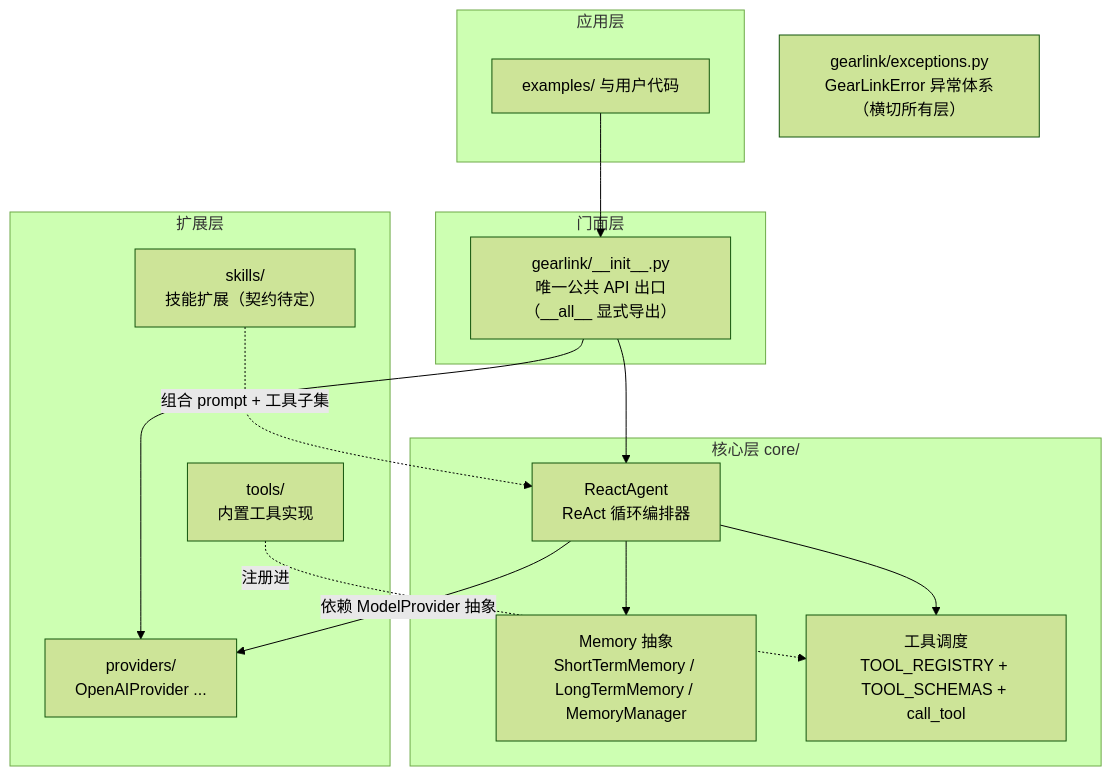
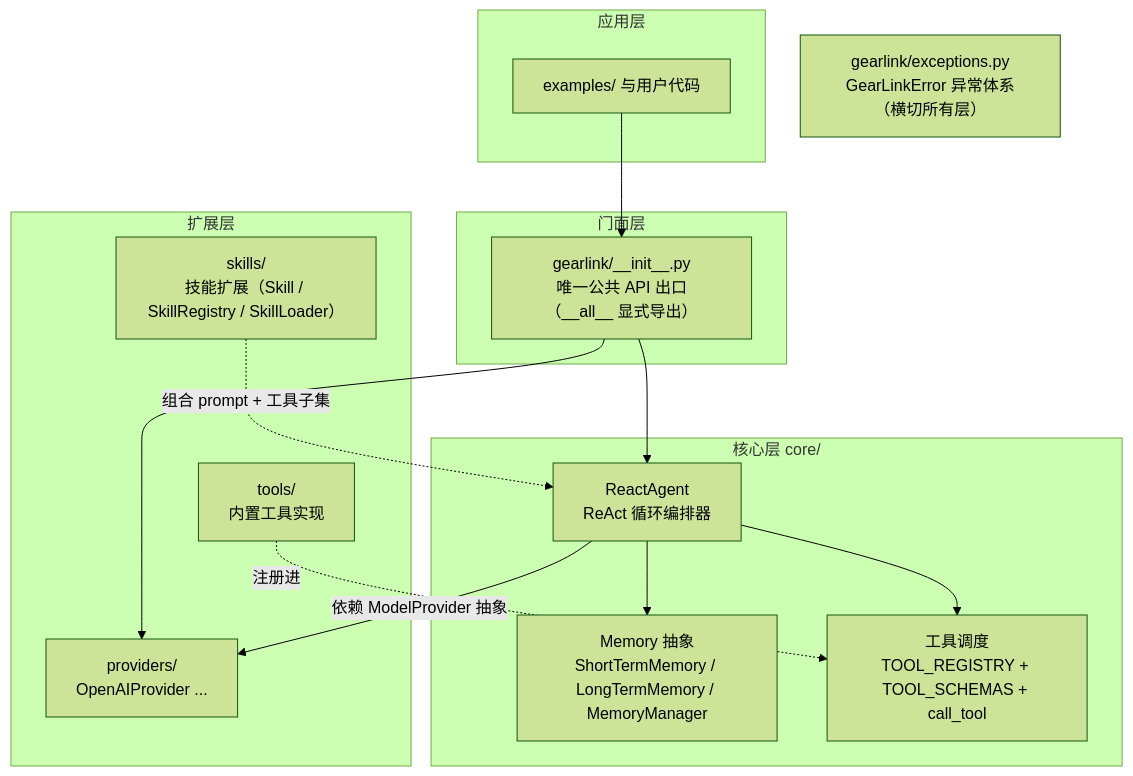
Before and after one commit to Mzys521/gearlink: the first of 4 diagrams in docs/架构设计.md, drawn with Mermaid (forest theme). The commit also changed other lines of this file and 35 other files, not shown here.

````diff
--- a/docs/架构设计.md
+++ b/docs/架构设计.md
@@ -20,33 +20,33 @@
 ```mermaid
 flowchart TB
     subgraph app[应用层]
         EX[examples/ 与用户代码]
     end
 
     subgraph facade[门面层]
         INIT["gearlink/__init__.py<br/>唯一公共 API 出口（__all__ 显式导出）"]
     end
 
     subgraph core[核心层 core/]
         AGENT["ReactAgent<br/>ReAct 循环编排器"]
         MEM["Memory 抽象<br/>ShortTermMemory / LongTermMemory / MemoryManager"]
         DISP["工具调度<br/>TOOL_REGISTRY + TOOL_SCHEMAS + call_tool"]
     end
 
     subgraph ext[扩展层]
         PROV["providers/<br/>OpenAIProvider ..."]
         TOOLS["tools/<br/>内置工具实现"]
-        SKILLS["skills/<br/>技能扩展（契约待定）"]
+        SKILLS["skills/<br/>技能扩展（Skill / SkillRegistry / SkillLoader）"]
     end
 
     EXC["gearlink/exceptions.py<br/>GearLinkError 异常体系（横切所有层）"]
 
     EX --> INIT
     INIT --> AGENT
     INIT --> PROV
     AGENT -->|"依赖 ModelProvider 抽象"| PROV
     AGENT --> MEM
     AGENT --> DISP
     TOOLS -.->|"注册进"| DISP
     SKILLS -.->|"组合 prompt + 工具子集"| AGENT
 ```
````
